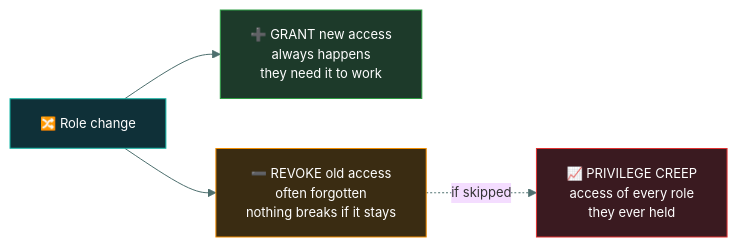
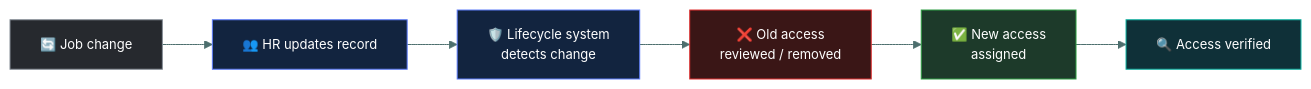
One commit to tarunTejaDesireddy/cc-exam-prep changed the fourth of 6 diagrams in 03-access-control/identity-lifecycle/README.md. Above: the diagram before and after it, drawn with Mermaid. The commit also changed other lines of this file, not shown here.

Commit message:
Replace identity lifecycle with caveman-style version, diagrams and questions

````diff
--- a/03-access-control/identity-lifecycle/README.md
+++ b/03-access-control/identity-lifecycle/README.md
@@ -99,12 +213,13 @@
 ```mermaid
 %%{init: {'theme':'base','themeVariables':{'fontSize':'13px','lineColor':'#4d6f6e','textColor':'#dbe7e6'}}}%%
 flowchart LR
-    R["🔀 Role change"] --> A["➕ GRANT new access<br/>always happens<br/>they need it to work"]
-    R --> B["➖ REVOKE old access<br/>often forgotten<br/>nothing breaks if it stays"]
-    B -.->|"if skipped"| C["📈 PRIVILEGE CREEP<br/>access of every role<br/>they ever held"]
+    A["🔄 Job change"] --> B["👥 HR updates record"] --> C["🛡️ Lifecycle system<br/>detects change"]
+    C --> D["❌ Old access<br/>reviewed / removed"] --> E["✅ New access<br/>assigned"] --> F["🔍 Access verified"]
 
-    style R fill:#0f3038,stroke:#12B5A5,color:#fff
-    style A fill:#1d3a2a,stroke:#2F9E44,color:#fff
-    style B fill:#3a2c12,stroke:#F08C00,color:#fff
-    style C fill:#3a1a20,stroke:#E03131,color:#fff
+    style A fill:#26292e,stroke:#868E96,color:#fff
+    style B fill:#12243f,stroke:#5C7CFA,color:#fff
+    style C fill:#12243f,stroke:#5C7CFA,color:#fff
+    style D fill:#3a1616,stroke:#E03131,color:#fff
+    style E fill:#1d3a2a,stroke:#2F9E44,color:#fff
+    style F fill:#0f3038,stroke:#12B5A5,color:#fff
 ```
````
